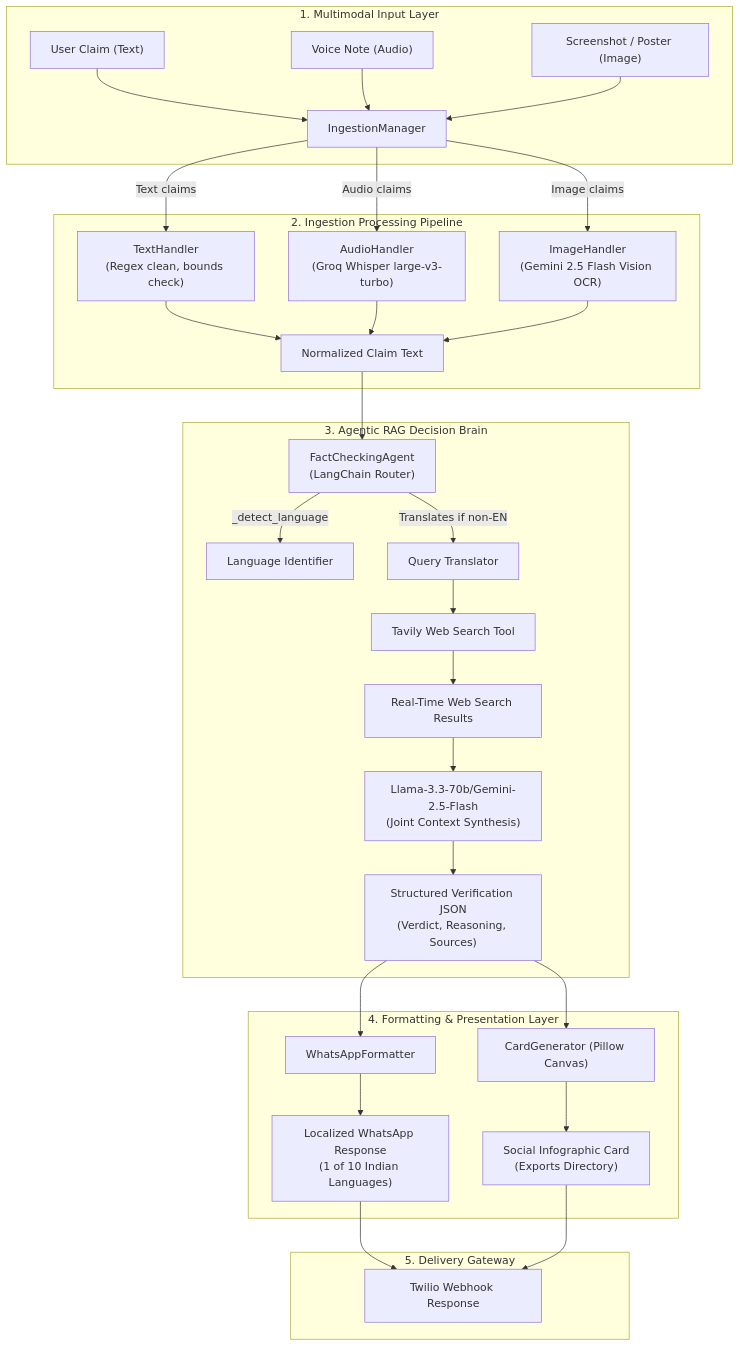
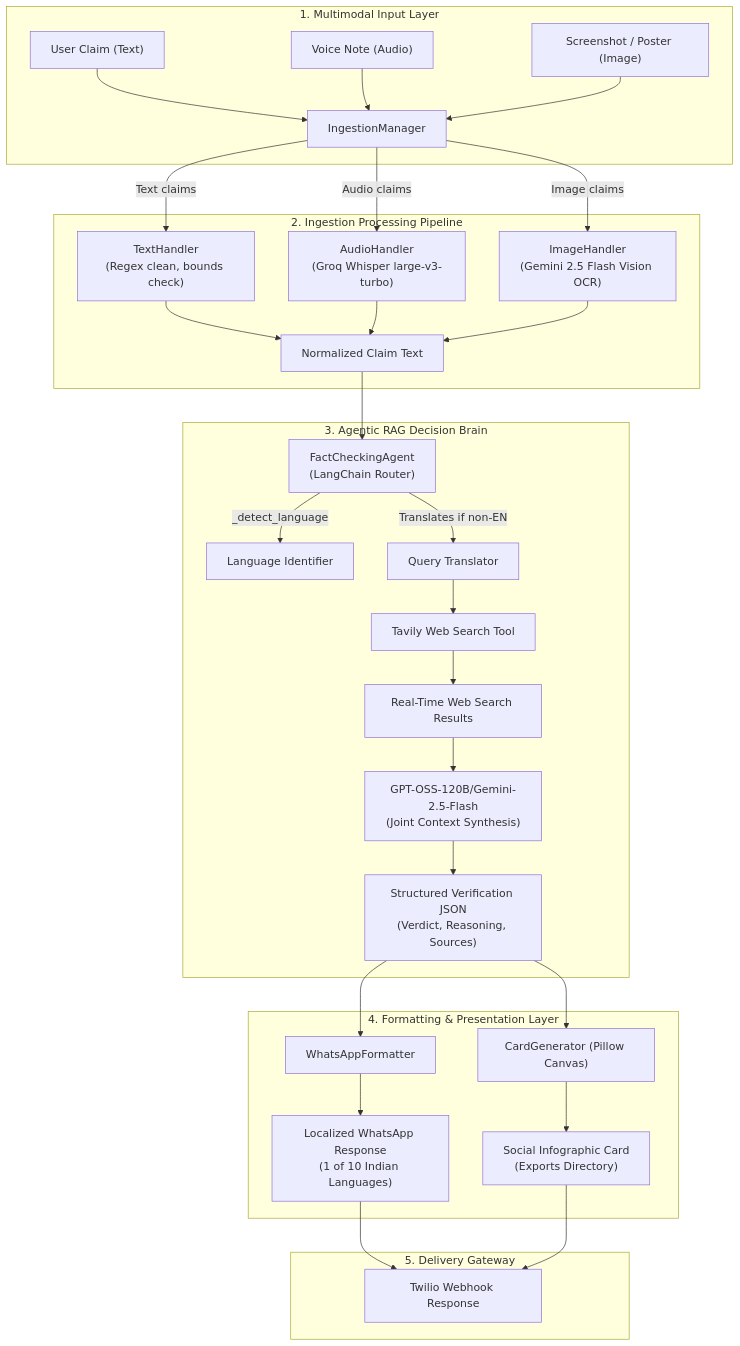
One commit to Aditya-Lingam-9000/SATYAMEV-BOT changed the diagram in README.md. Above: the diagram before and after it, drawn with Mermaid. The commit also changed other lines of this file and 4 other files, not shown here.

Commit message:
chore(brain): update default Groq model from llama-3.3-70b-versatile to openai/gpt-oss-120b

````diff
--- a/README.md
+++ b/README.md
@@ -46,48 +46,48 @@
 ```mermaid
 flowchart TD
     %% Input Layer
     subgraph Input_Layer ["1. Multimodal Input Layer"]
         A_Text["User Claim (Text)"] --> IM["IngestionManager"]
         A_Audio["Voice Note (Audio)"] --> IM
         A_Image["Screenshot / Poster (Image)"] --> IM
     end
 
     %% Ingestion Processing Layer
     subgraph Ingestion_Processing ["2. Ingestion Processing Pipeline"]
         IM --> |Text claims| TH["TextHandler\n(Regex clean, bounds check)"]
         IM --> |Audio claims| AH["AudioHandler\n(Groq Whisper large-v3-turbo)"]
         IM --> |Image claims| IH["ImageHandler\n(Gemini 2.5 Flash Vision OCR)"]
         
         TH --> RawText["Normalized Claim Text"]
         AH --> RawText
         IH --> RawText
     end
 
     %% Agentic Decision Brain
     subgraph Brain_Engine ["3. Agentic RAG Decision Brain"]
         RawText --> Agent["FactCheckingAgent\n(LangChain Router)"]
         Agent --> |_detect_language| LangDetect["Language Identifier"]
         Agent --> |Translates if non-EN| QueryTrans["Query Translator"]
         
         QueryTrans --> Search["Tavily Web Search Tool"]
         Search --> WebConsensus["Real-Time Web Search Results"]
         
-        WebConsensus --> Reasoning["Llama-3.3-70b/Gemini-2.5-Flash\n(Joint Context Synthesis)"]
+        WebConsensus --> Reasoning["GPT-OSS-120B/Gemini-2.5-Flash\n(Joint Context Synthesis)"]
         Reasoning --> JSONOutput["Structured Verification JSON\n(Verdict, Reasoning, Sources)"]
     end
 
     %% Formatting & Presentation Layer
     subgraph Presentation_Layer ["4. Formatting & Presentation Layer"]
         JSONOutput --> Formatter["WhatsAppFormatter"]
         JSONOutput --> CardGen["CardGenerator (Pillow Canvas)"]
         
         Formatter --> WhatsAppMsg["Localized WhatsApp Response\n(1 of 10 Indian Languages)"]
         CardGen --> PNGCard["Social Infographic Card\n(Exports Directory)"]
     end
 
     %% Output Webhook / Gateway
     subgraph Delivery_Gateway ["5. Delivery Gateway"]
         WhatsAppMsg --> Twilio["Twilio Webhook Response"]
         PNGCard --> Twilio
     end
 ```
````
